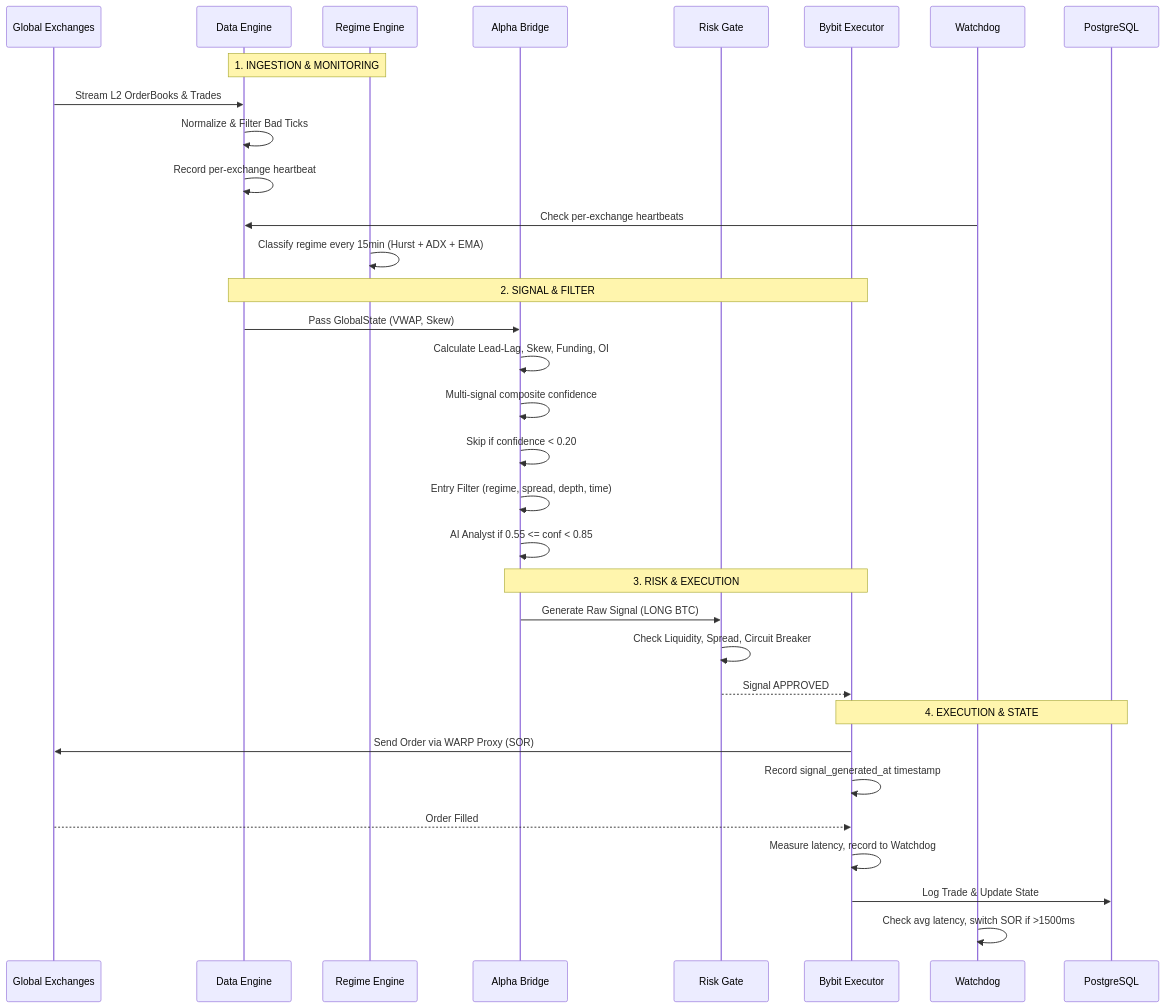
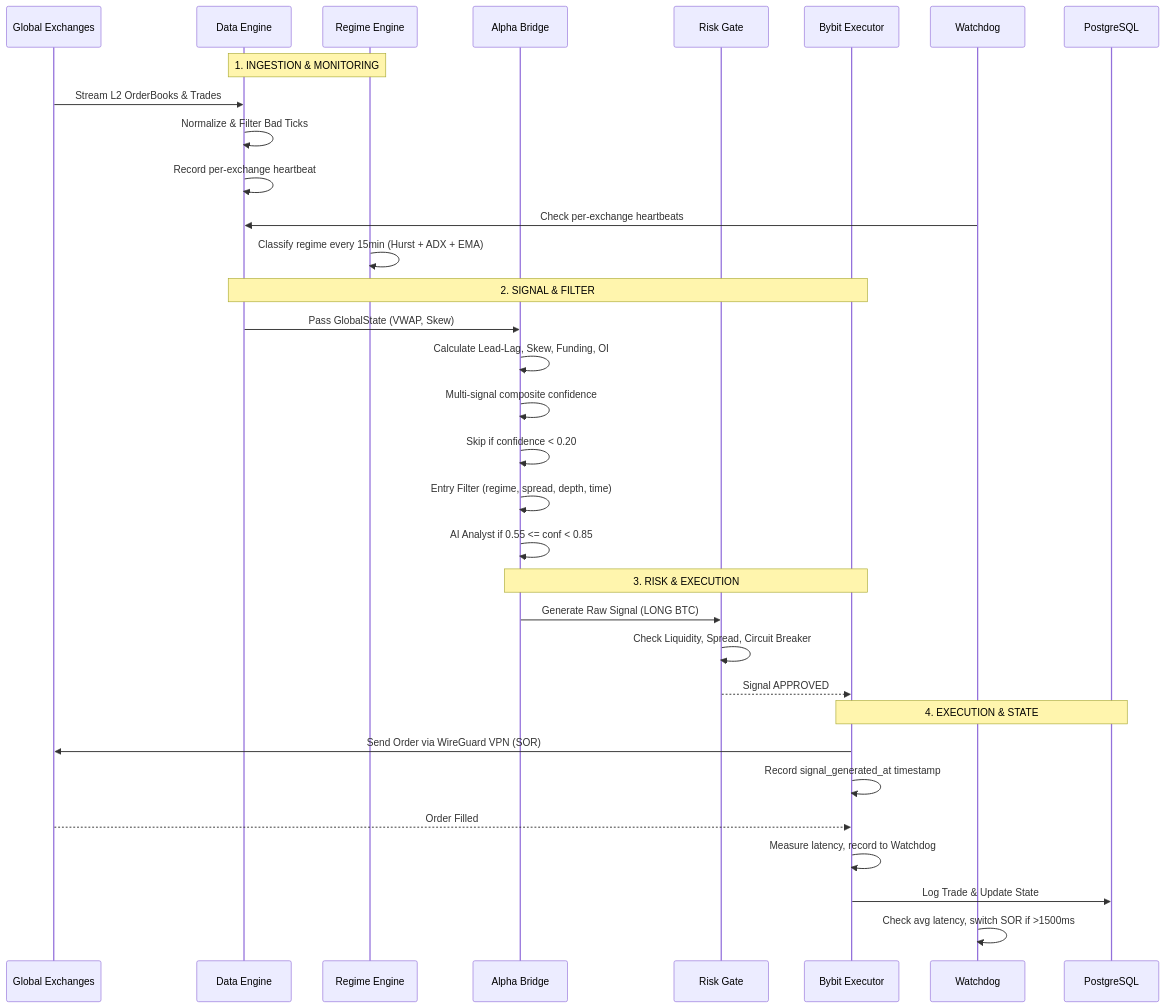
Before and after one commit to skeithnight/karsa-auto-session-manager: the third of 5 diagrams in docs/ARCHITECTURE.md, drawn with Mermaid. The commit also changed other lines of this file and 111 other files, not shown here.

Commit message:
feat: implement core architecture, data ingestion pipelines, backtesting engine, and database migration support

````diff
--- a/docs/ARCHITECTURE.md
+++ b/docs/ARCHITECTURE.md
@@ -261,39 +296,39 @@
 ```mermaid
 sequenceDiagram
     participant Universe as Global Exchanges
     participant Data as Data Engine
     participant Regime as Regime Engine
     participant Alpha as Alpha Bridge
     participant Risk as Risk Gate
     participant Exec as Bybit Executor
     participant WD as Watchdog
     participant DB as PostgreSQL
 
     Note over Data,Regime: 1. INGESTION & MONITORING
     Universe->>Data: Stream L2 OrderBooks & Trades
     Data->>Data: Normalize & Filter Bad Ticks
     Data->>Data: Record per-exchange heartbeat
     WD->>Data: Check per-exchange heartbeats
     Regime->>Regime: Classify regime every 15min (Hurst + ADX + EMA)
 
     Note over Data,Exec: 2. SIGNAL & FILTER
     Data->>Alpha: Pass GlobalState (VWAP, Skew)
     Alpha->>Alpha: Calculate Lead-Lag, Skew, Funding, OI
     Alpha->>Alpha: Multi-signal composite confidence
     Alpha->>Alpha: Skip if confidence < 0.20
     Alpha->>Alpha: Entry Filter (regime, spread, depth, time)
     Alpha->>Alpha: AI Analyst if 0.55 <= conf < 0.85
 
     Note over Alpha,Exec: 3. RISK & EXECUTION
     Alpha->>Risk: Generate Raw Signal (LONG BTC)
     Risk->>Risk: Check Liquidity, Spread, Circuit Breaker
     Risk-->>Exec: Signal APPROVED
 
     Note over Exec,DB: 4. EXECUTION & STATE
-    Exec->>Universe: Send Order via WARP Proxy (SOR)
+    Exec->>Universe: Send Order via WireGuard VPN (SOR)
     Exec->>Exec: Record signal_generated_at timestamp
     Universe-->>Exec: Order Filled
     Exec->>Exec: Measure latency, record to Watchdog
     Exec->>DB: Log Trade & Update State
     WD->>WD: Check avg latency, switch SOR if >1500ms
 ```
````
